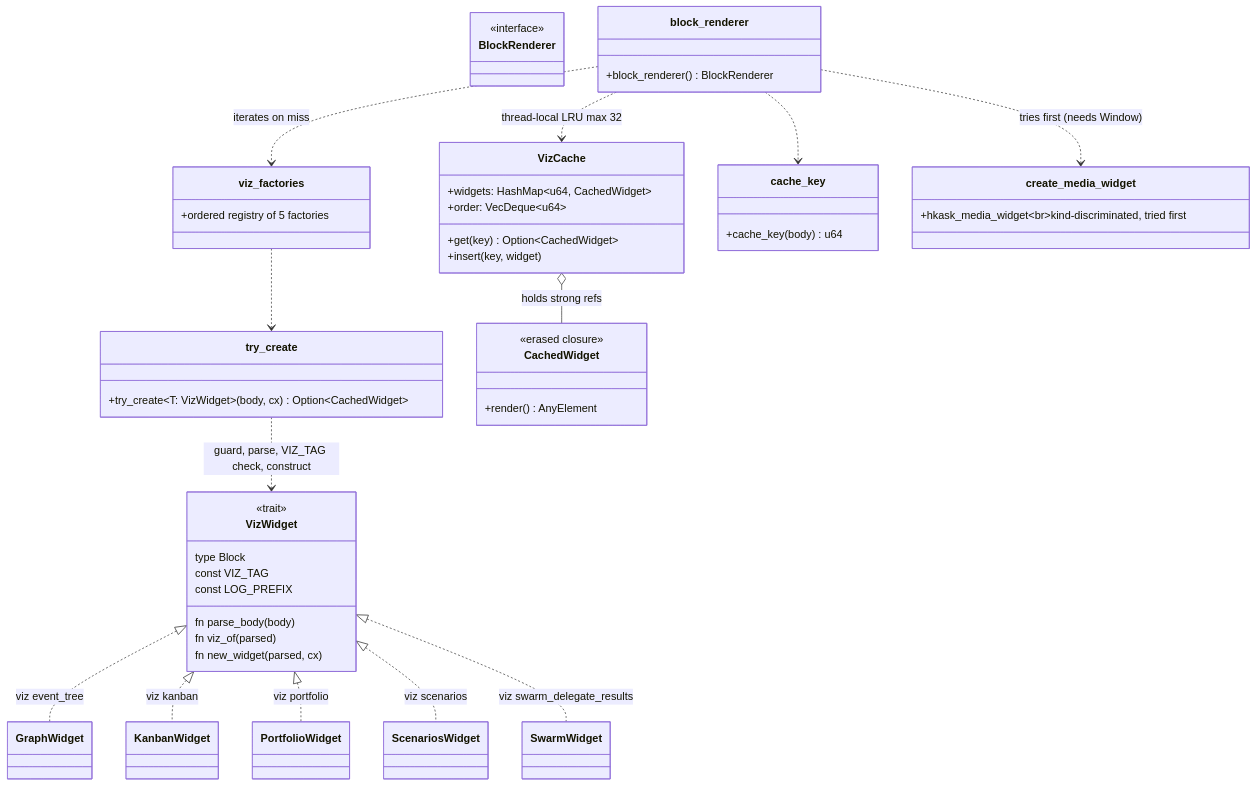
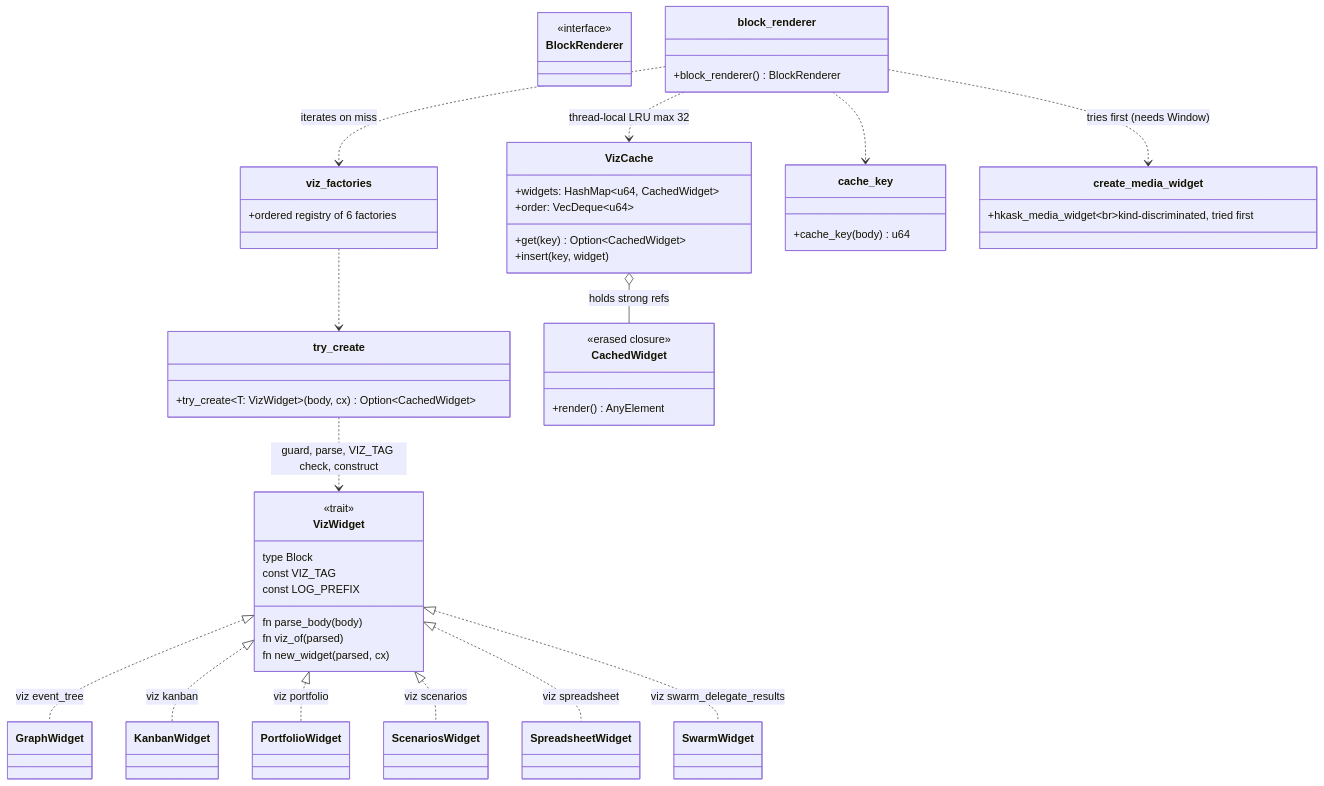
Before and after one commit to mdz-axo/zed-kask: diagram 12 of 13 in kask/docs/diagrams/architecture.md, drawn with Mermaid. The commit also changed other lines of this file and 26 other files, not shown here.

````diff
--- a/kask/docs/diagrams/architecture.md
+++ b/kask/docs/diagrams/architecture.md
@@ -698,53 +700,54 @@
 ```mermaid
 classDiagram
     class BlockRenderer {
         <<interface>>
     }
     class block_renderer {
         +block_renderer() BlockRenderer
     }
     class VizWidget {
         <<trait>>
         type Block
         const VIZ_TAG
         const LOG_PREFIX
         fn parse_body(body)
         fn viz_of(parsed)
         fn new_widget(parsed, cx)
     }
     class try_create {
         +try_create~T: VizWidget~(body, cx) Option~CachedWidget~
     }
     class viz_factories {
-        +ordered registry of 5 factories
+        +ordered registry of 6 factories
     }
     class CachedWidget {
         <<erased closure>>
         +render() AnyElement
     }
     class VizCache {
         +widgets: HashMap~u64, CachedWidget~
         +order: VecDeque~u64~
         +get(key) Option~CachedWidget~
         +insert(key, widget)
     }
     class cache_key {
         +cache_key(body) u64
     }
     class create_media_widget {
         +hkask_media_widget<br/>kind-discriminated, tried first
     }
 
     block_renderer ..> create_media_widget : tries first (needs Window)
     block_renderer ..> viz_factories : iterates on miss
     viz_factories ..> try_create
     try_create ..> VizWidget : guard, parse, VIZ_TAG check, construct
     block_renderer ..> VizCache : thread-local LRU max 32
     block_renderer ..> cache_key
     VizCache o-- CachedWidget : holds strong refs
     VizWidget <|.. GraphWidget : viz event_tree
     VizWidget <|.. KanbanWidget : viz kanban
     VizWidget <|.. PortfolioWidget : viz portfolio
     VizWidget <|.. ScenariosWidget : viz scenarios
+    VizWidget <|.. SpreadsheetWidget : viz spreadsheet
     VizWidget <|.. SwarmWidget : viz swarm_delegate_results
 ```
````
